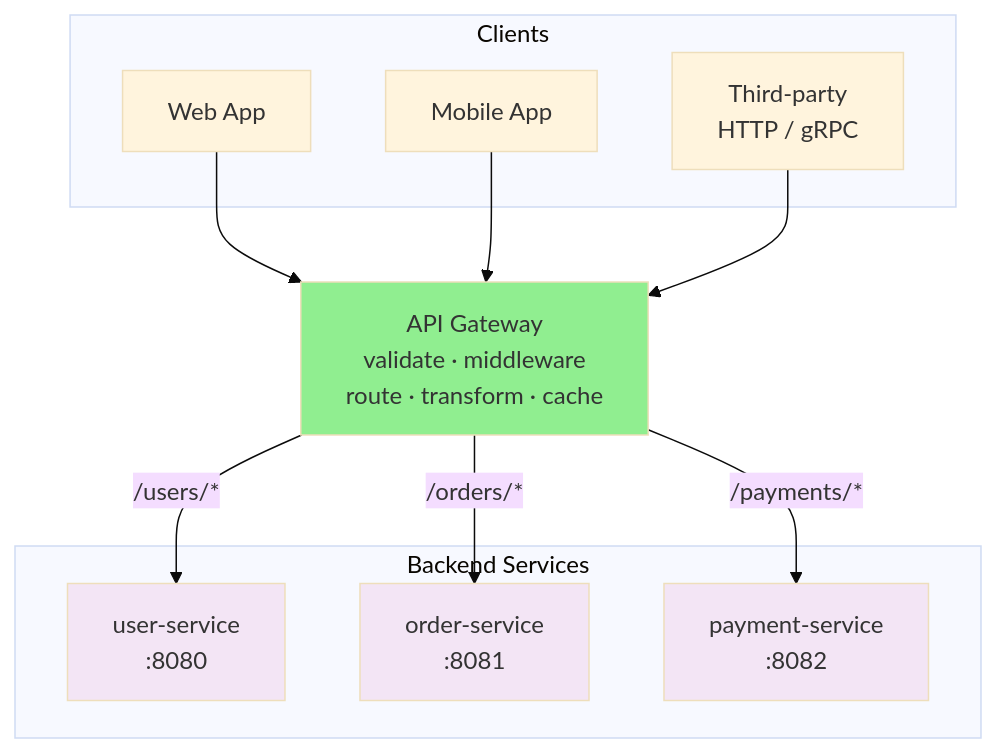
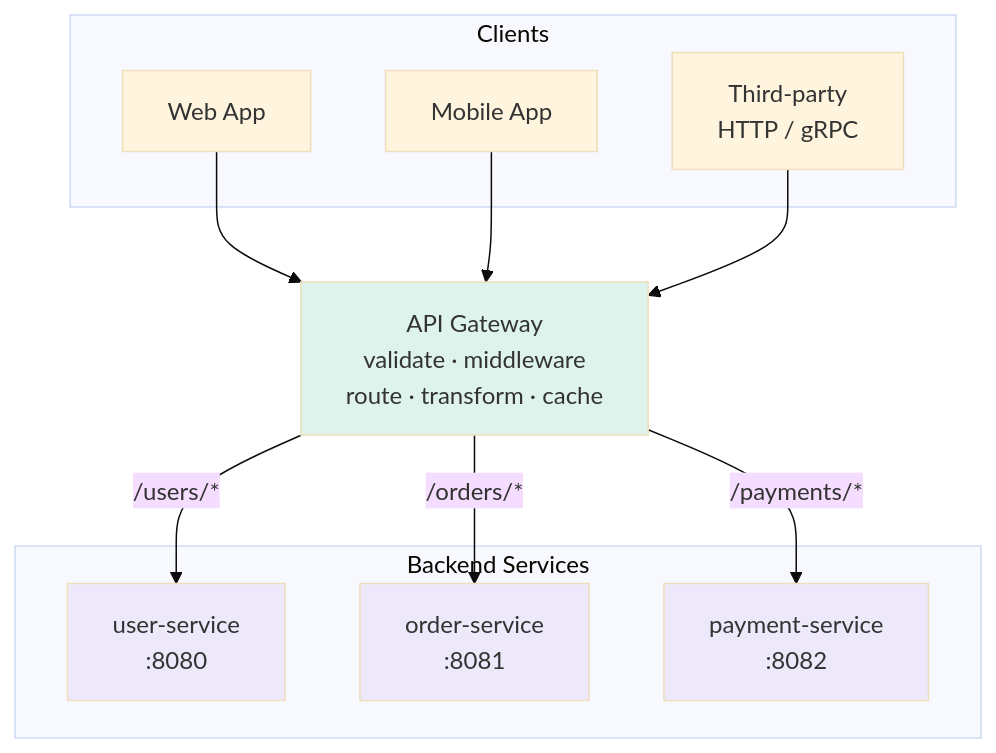
The diagram in LLD/SystemDesign/DeepDives/ApiGateway.md (cartmancodes/InterviewVault), drawn with Mermaid (base theme) before and after one commit. The commit also changed 679 other files, not shown here.

Commit message:
Unify content diagrams and add accessible visual walkthroughs

````diff
--- a/LLD/SystemDesign/DeepDives/ApiGateway.md
+++ b/LLD/SystemDesign/DeepDives/ApiGateway.md
@@ -51,28 +51,28 @@
 ```mermaid
 graph TB
     subgraph "Clients"
         C1[Web App]
         C2[Mobile App]
         C3[Third-party<br/>HTTP / gRPC]
     end
 
     GW["API Gateway<br/>validate · middleware<br/>route · transform · cache"]
 
     subgraph "Backend Services"
         US[user-service<br/>:8080]
         OS[order-service<br/>:8081]
         PS[payment-service<br/>:8082]
     end
 
     C1 --> GW
     C2 --> GW
     C3 --> GW
     GW -->|"/users/*"| US
     GW -->|"/orders/*"| OS
     GW -->|"/payments/*"| PS
 
-    style GW fill:#90EE90
-    style US fill:#f3e5f5
-    style OS fill:#f3e5f5
-    style PS fill:#f3e5f5
+    style GW fill:#DDF3EC
+    style US fill:#EDE8FA
+    style OS fill:#EDE8FA
+    style PS fill:#EDE8FA
 ```
````
